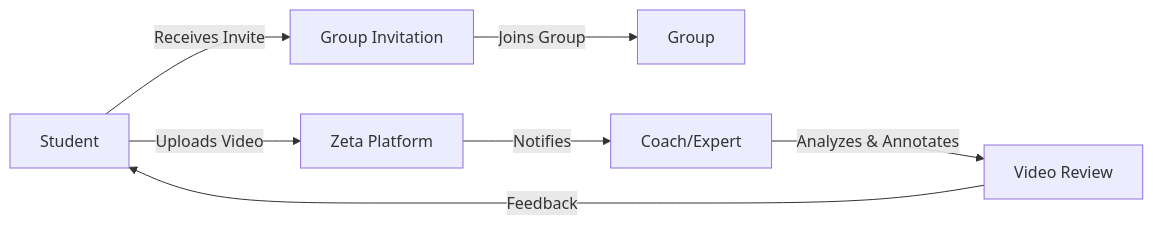
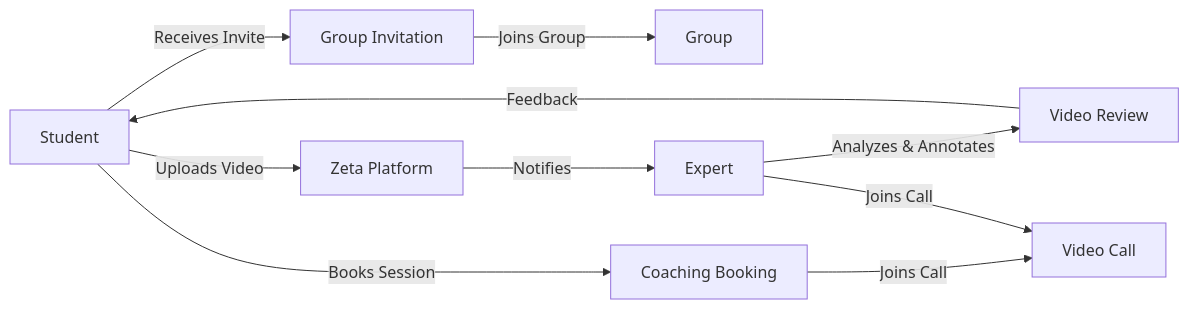
One commit to OZIOisgood/zeta changed the first of 8 diagrams in README.md. Above: the diagram before and after it, drawn with Mermaid. The commit also changed other lines of this file and 29 other files, not shown here.

First line of the commit message:
feat(live-coaching): add video call functionality for coaching sessions

````diff
--- a/README.md
+++ b/README.md
@@ -101,9 +122,12 @@
 ```mermaid
 graph LR
     Student[Student] -->|Receives Invite| Invite[Group Invitation]
     Invite -->|Joins Group| Group[Group]
     Student -->|Uploads Video| Zeta[Zeta Platform]
-    Zeta -->|Notifies| Coach[Coach/Expert]
-    Coach -->|Analyzes & Annotates| Review[Video Review]
+    Zeta -->|Notifies| Expert[Expert]
+    Expert -->|Analyzes & Annotates| Review[Video Review]
     Review -->|Feedback| Student
+    Student -->|Books Session| Booking[Coaching Booking]
+    Booking -->|Joins Call| Call[Video Call]
+    Expert -->|Joins Call| Call
 ```
````
